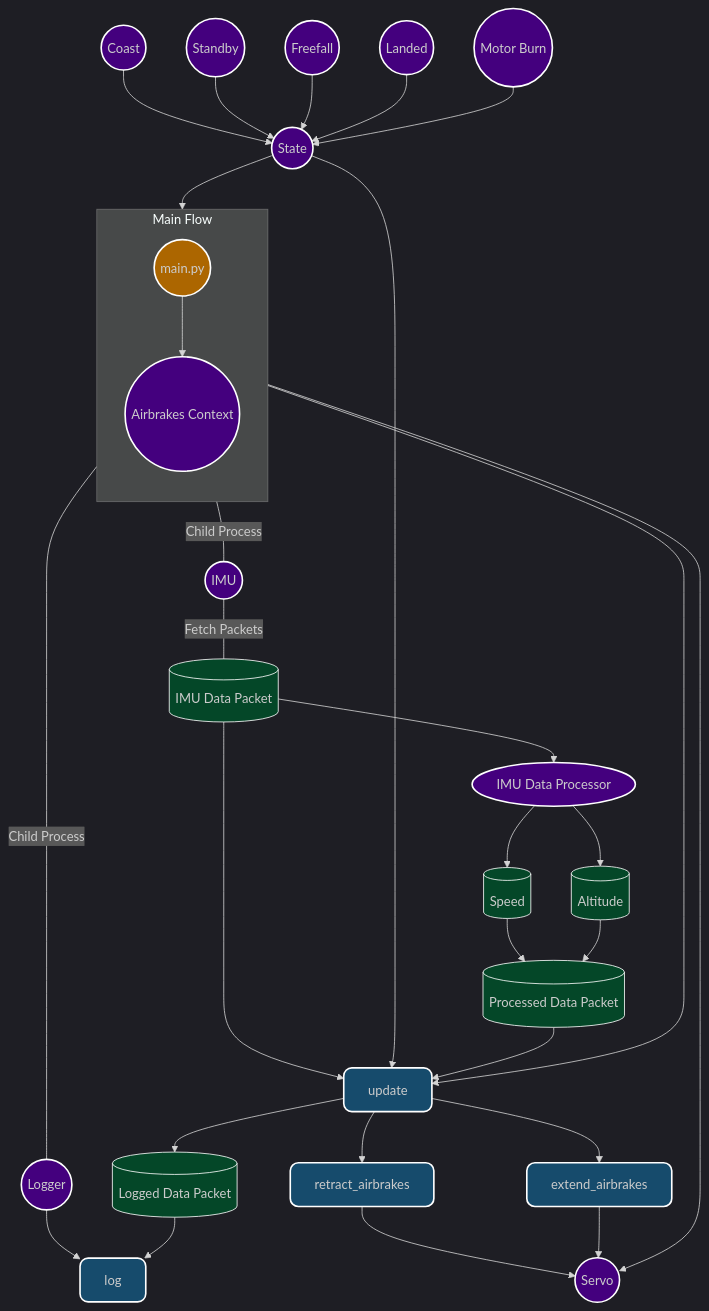
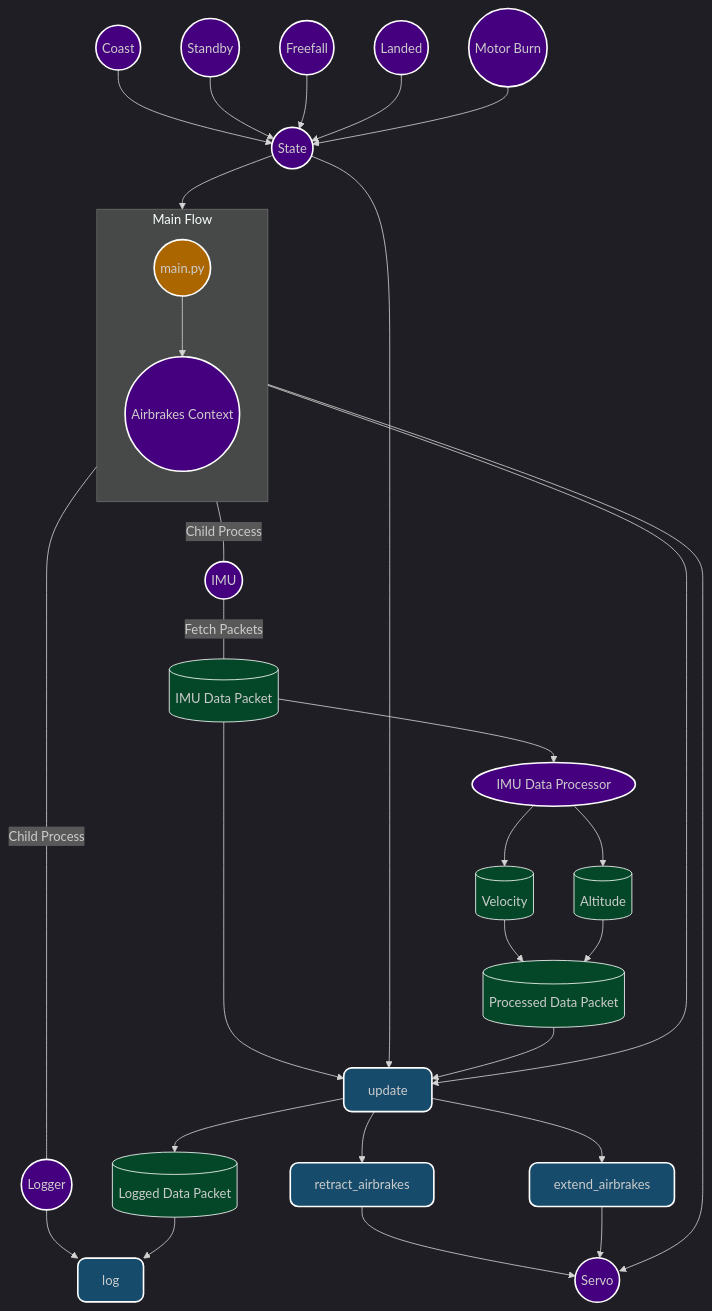
The diagram in README.md (NCSU-High-Powered-Rocketry-Club/AirbrakesV2), drawn with Mermaid before and after one commit. The commit also changed other lines of this file and 10 other files, not shown here.

Commit message:
Speed -> Velocity renaming

````diff
--- a/README.md
+++ b/README.md
@@ -20,70 +20,70 @@
 ```mermaid
 %%{init: {'theme': 'dark'}}%%
 flowchart TD
 
     %% Define styles for different shapes
     classDef circular fill:#44007e,stroke:#fff,stroke-width:2px,rx:50%,ry:50%;  %% Ovals for classes
     classDef bubble fill:#164b6c,stroke:#fff,stroke-width:2px,rx:10px,ry:10px; %% Bubbles for methods
     classDef outputSquare fill:#044728,stroke:#fff,stroke-width:2px; %% Squares for outputs
     classDef textStyle fill:none,color:#fff,font-weight:bold,font-size:16px; %% Text style for bold white text
     classDef mainColor fill:#ac6600,stroke:#fff,stroke-width:2px,rx:50%,ry:50%; %% Color for main.py
 
     %% Main structure with main.py at the top
     subgraph mainFlow[Main Flow]
       direction TB
       mainpy((main.py)):::mainColor --> Airbrakes((Airbrakes Context)):::circular
      
     end
     Airbrakes --> Update[update]:::bubble
     %% IMU Data Packet Flow
     IMUDataPacket --> Update
     
     %% States as individual nodes
     State((State)):::circular
     CoastState((Coast)):::circular
     Standbystate((Standby)):::circular
     FreefallState((Freefall)):::circular
     LandedState((Landed)):::circular
     MotorBurnState((Motor Burn)):::circular
 
     %% Connections between States and Airbrakes
     State((State)):::circular --> Airbrakes:::circular
     State --> Update
     
     CoastState((Coast)):::circular --> State
     Standbystate((Standby)):::circular --> State
     FreefallState((Freefall)):::circular --> State
     LandedState((Landed)):::circular --> State
     MotorBurnState((Motor Burn)):::circular --> State
     
     %% Connections with Labels
     Airbrakes ---|Child Process| Logger((Logger)):::circular
     Airbrakes ---|Child Process| IMU((IMU)):::circular
     IMU((IMU)):::circular ---|Fetch Packets| IMUDataPacket[(IMU Data Packet)]:::outputSquare
 
     %% IMU Data Processing
     IMUDataPacket --> IMUDataProcessor[IMU Data Processor]:::circular
     %%IMUDataProcessor --> ProcessedData[(Processed Data Packet)]:::outputSquare
-    IMUDataProcessor --> Speed[(Speed)]:::outputSquare
+    IMUDataProcessor --> Velocity[(Velocity)]:::outputSquare
     IMUDataProcessor --> Altitude[(Altitude)]:::outputSquare
     
-    Speed -->  ProcessedData[(Processed Data Packet)]:::outputSquare
+    Velocity -->  ProcessedData[(Processed Data Packet)]:::outputSquare
     Altitude -->  ProcessedData[(Processed Data Packet)]:::outputSquare
     
      ProcessedData[(Processed Data Packet)]:::outputSquare --> Update
 
     %% Logging Mechanism
     Logger --> LogFunction[log]:::bubble
     Update --> LogData[(Logged Data Packet)]:::outputSquare
     LogData --> LogFunction
 
     %% Airbrake Control Methods with Parentheses Displayed
     Update --> ExtendAirbrakes[extend_airbrakes]:::bubble
     Update --> RetractAirbrakes[retract_airbrakes]:::bubble
 
     %% Servo Connections
     RetractAirbrakes --> Servo((Servo)):::circular 
     ExtendAirbrakes --> Servo
     Airbrakes --> Servo
 
 ```
````
